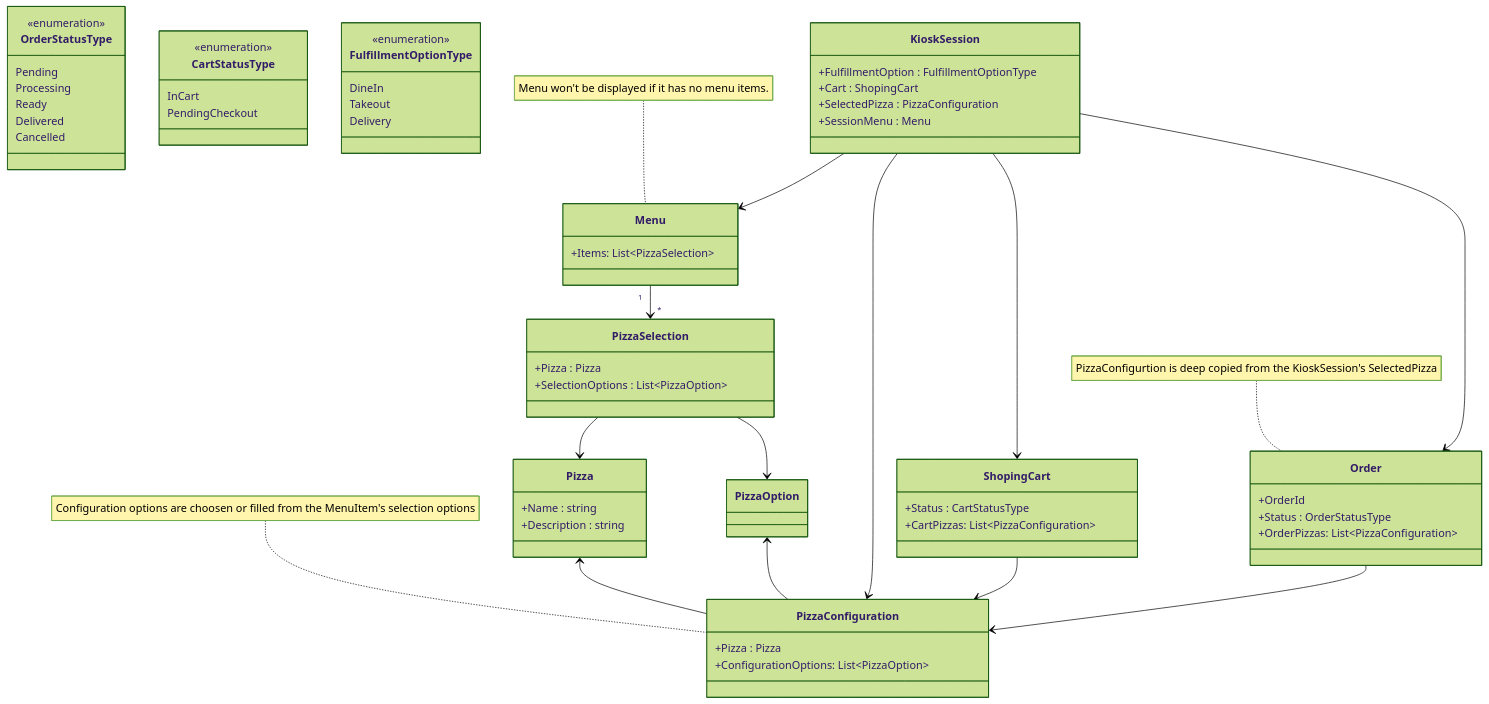
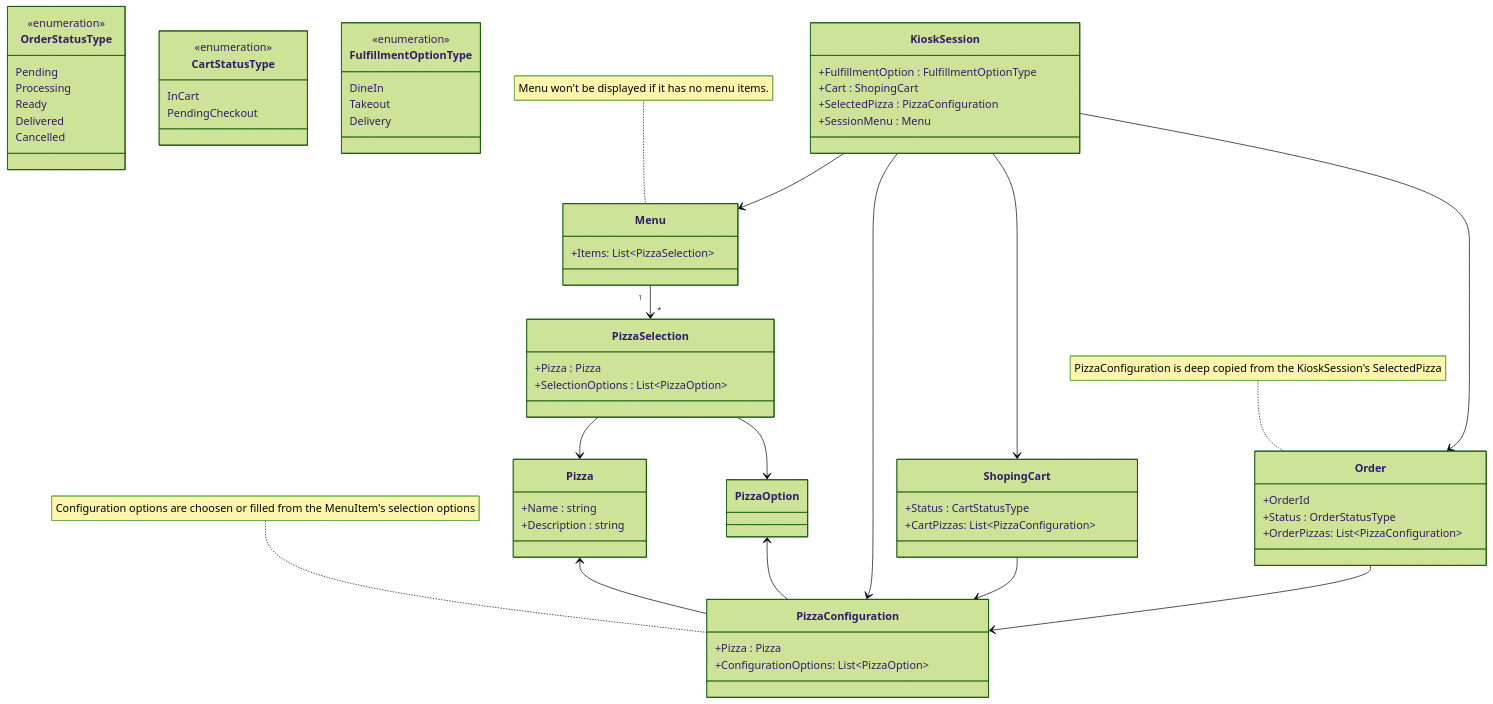
The diagram in README.md (ekral/Utb.PizzaKiosk), drawn with Mermaid (forest theme) before and after one commit.

Commit message:
Update class diagram

```diff
--- a/README.md
+++ b/README.md
@@ -191,7 +191,7 @@
       +SessionMenu : Menu
    }
 
-   note for Order "PizzaConfigurtion is deep copied from the KioskSession's SelectedPizza"
+   note for Order "PizzaConfiguration is deep copied from the KioskSession's SelectedPizza"
    class Order{
       +OrderId
       +Status : OrderStatusType
```
